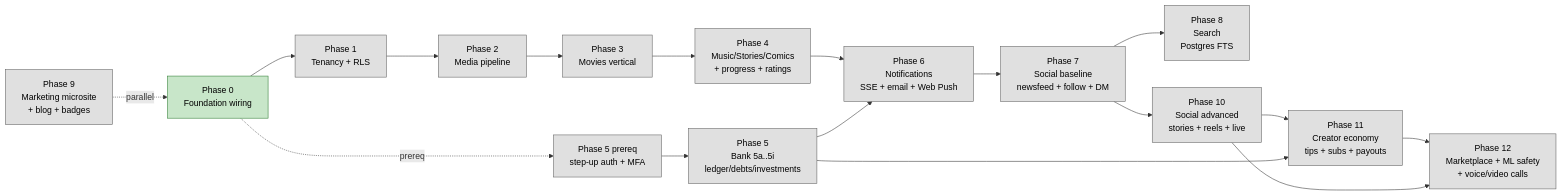
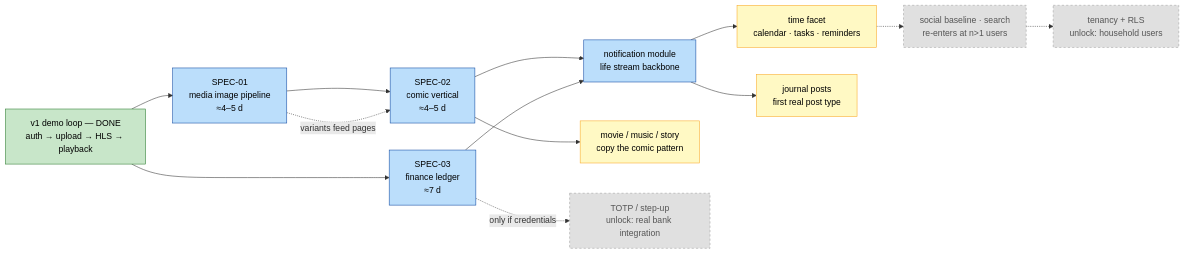
The eighth of 8 diagrams in docs/architecture/diagrams.md (jackone2991/portal), drawn with Mermaid before and after one commit. The commit also changed other lines of this file and 4 other files, not shown here.

````diff
--- a/docs/architecture/diagrams.md
+++ b/docs/architecture/diagrams.md
@@ -501,38 +415,34 @@
 ```mermaid
 graph LR
     classDef done fill:#c8e6c9,stroke:#2e7d32,color:#000
     classDef next fill:#bbdefb,stroke:#0d47a1,color:#000
-    classDef later fill:#e0e0e0,stroke:#616161,color:#000
+    classDef later fill:#fff9c4,stroke:#f9a825,color:#000
+    classDef deferred fill:#e0e0e0,stroke:#9e9e9e,color:#555,stroke-dasharray:4
 
-    P0[Phase 0<br/>Foundation wiring]:::done
-    P1[Phase 1<br/>Tenancy + RLS]:::later
-    P2[Phase 2<br/>Media pipeline]:::later
-    P3[Phase 3<br/>Movies vertical]:::later
-    P4[Phase 4<br/>Music/Stories/Comics<br/>+ progress + ratings]:::later
-    P5pre[Phase 5 prereq<br/>step-up auth + MFA]:::later
-    P5[Phase 5<br/>Bank 5a..5i<br/>ledger/debts/investments]:::later
-    P6[Phase 6<br/>Notifications<br/>SSE + email + Web Push]:::later
-    P7[Phase 7<br/>Social baseline<br/>newsfeed + follow + DM]:::later
-    P8[Phase 8<br/>Search<br/>Postgres FTS]:::later
-    P9[Phase 9<br/>Marketing microsite<br/>+ blog + badges]:::later
-    P10[Phase 10<br/>Social advanced<br/>stories + reels + live]:::later
-    P11[Phase 11<br/>Creator economy<br/>tips + subs + payouts]:::later
-    P12[Phase 12<br/>Marketplace + ML safety<br/>+ voice/video calls]:::later
+    V1[v1 demo loop — DONE<br/>auth → upload → HLS → playback]:::done
 
-    P0 --> P1
-    P1 --> P2
-    P2 --> P3
-    P3 --> P4
-    P0 -.prereq.-> P5pre
-    P5pre --> P5
-    P4 --> P6
-    P5 --> P6
-    P6 --> P7
-    P7 --> P8
-    P7 --> P10
-    P9 -.parallel.-> P0
-    P10 --> P11
-    P5 --> P11
-    P11 --> P12
-    P10 --> P12
+    S1[SPEC-01<br/>media image pipeline<br/>≈4–5 d]:::next
+    S2[SPEC-02<br/>comic vertical<br/>≈4–5 d]:::next
+    S3[SPEC-03<br/>finance ledger<br/>≈7 d]:::next
+    N[notification module<br/>life stream backbone]:::next
+
+    TIME[time facet<br/>calendar · tasks · reminders]:::later
+    VERT[movie / music / story<br/>copy the comic pattern]:::later
+    JRN[journal posts<br/>first real post type]:::later
+
+    SOC[social baseline · search<br/>re-enters at n>1 users]:::deferred
+    TOTP[TOTP / step-up<br/>unlock: real bank integration]:::deferred
+    TEN[tenancy + RLS<br/>unlock: household users]:::deferred
+
+    V1 --> S1 --> S2
+    S1 -.variants feed pages.-> S2
+    V1 --> S3
+    S2 --> N
+    S3 --> N
+    N --> TIME
+    S2 --> VERT
+    N --> JRN
+    TIME -.-> SOC
+    S3 -.only if credentials.-> TOTP
+    SOC -.-> TEN
 ```
````
